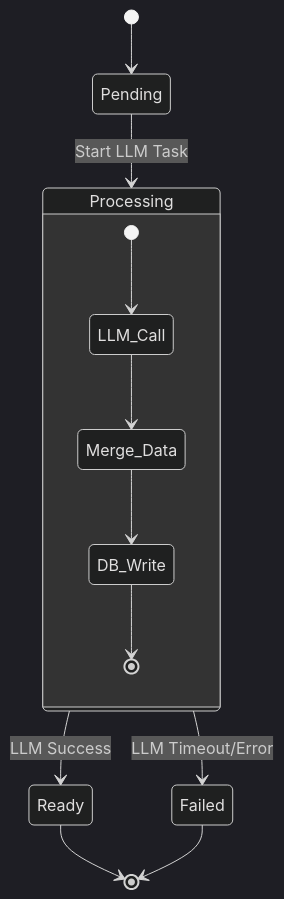
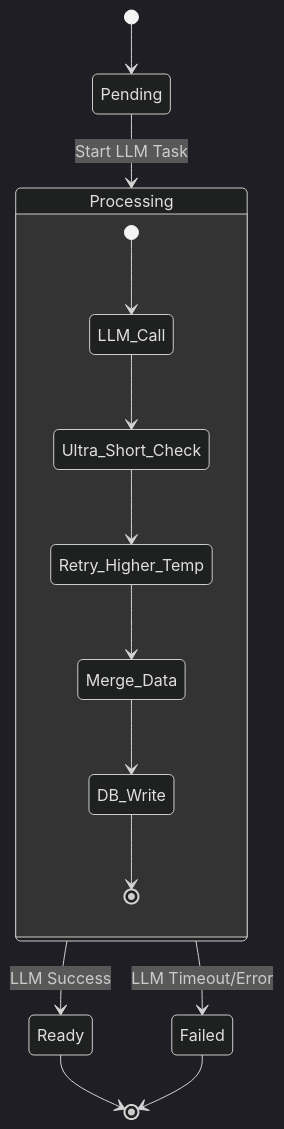
Before and after one commit to Revanththetalogics/aireume: the seventh of 9 diagrams in .qoder/repowiki/en/content/Hybrid Pipeline.md, drawn with Mermaid (dark theme). The commit also changed other lines of this file and 15 other files, not shown here.

````diff
--- a/.qoder/repowiki/en/content/Hybrid Pipeline.md
+++ b/.qoder/repowiki/en/content/Hybrid Pipeline.md
@@ -412,15 +456,17 @@
 ```mermaid
 stateDiagram-v2
 [*] --> Pending
 Pending --> Processing : Start LLM Task
 Processing --> Ready : LLM Success
 Processing --> Failed : LLM Timeout/Error
 Ready --> [*]
 Failed --> [*]
 state Processing {
 [*] --> LLM_Call
-LLM_Call --> Merge_Data
+LLM_Call --> Ultra_Short_Check
+Ultra_Short_Check --> Retry_Higher_Temp
+Retry_Higher_Temp --> Merge_Data
 Merge_Data --> DB_Write
 DB_Write --> [*]
 }
 ```
````
